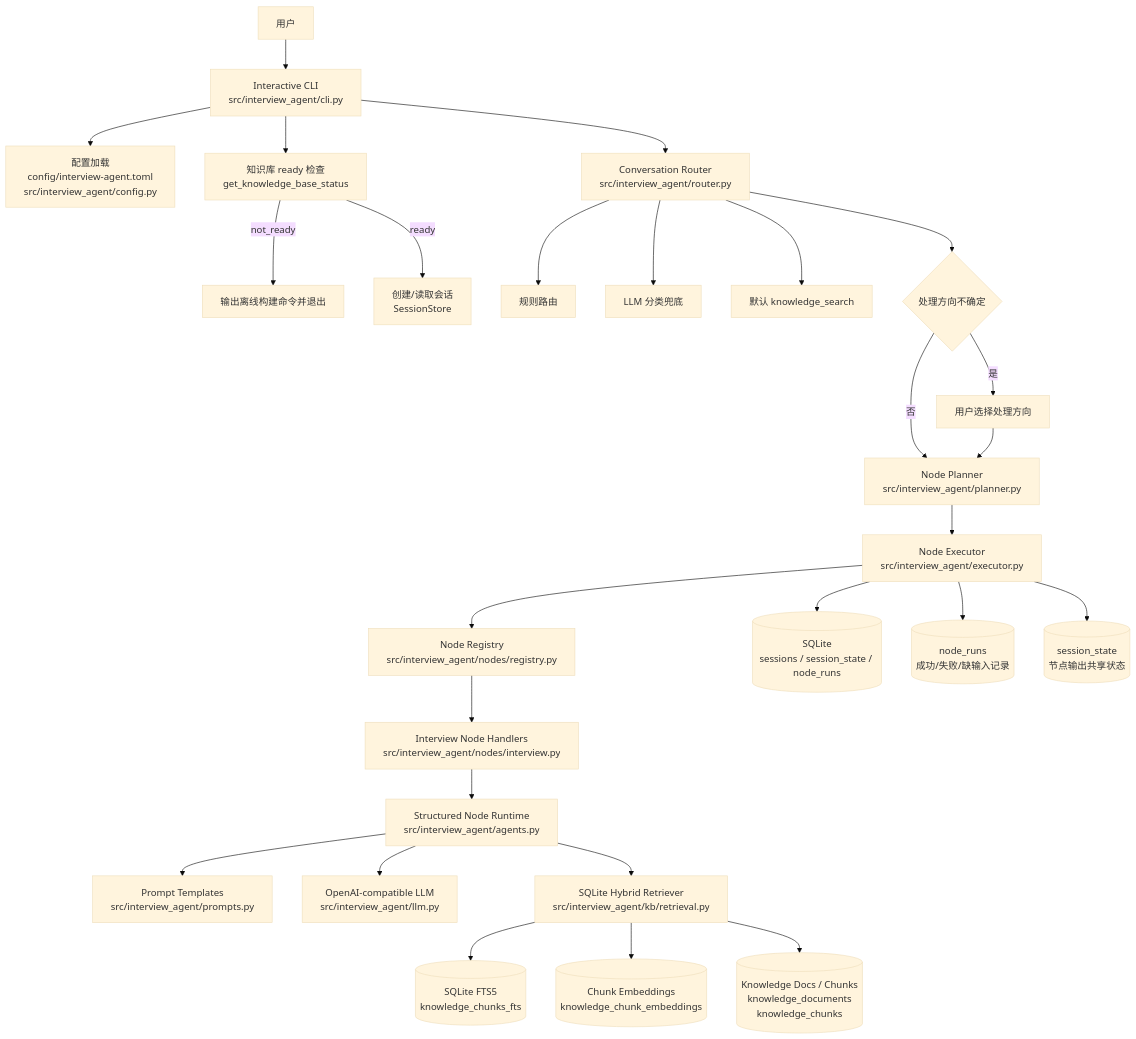
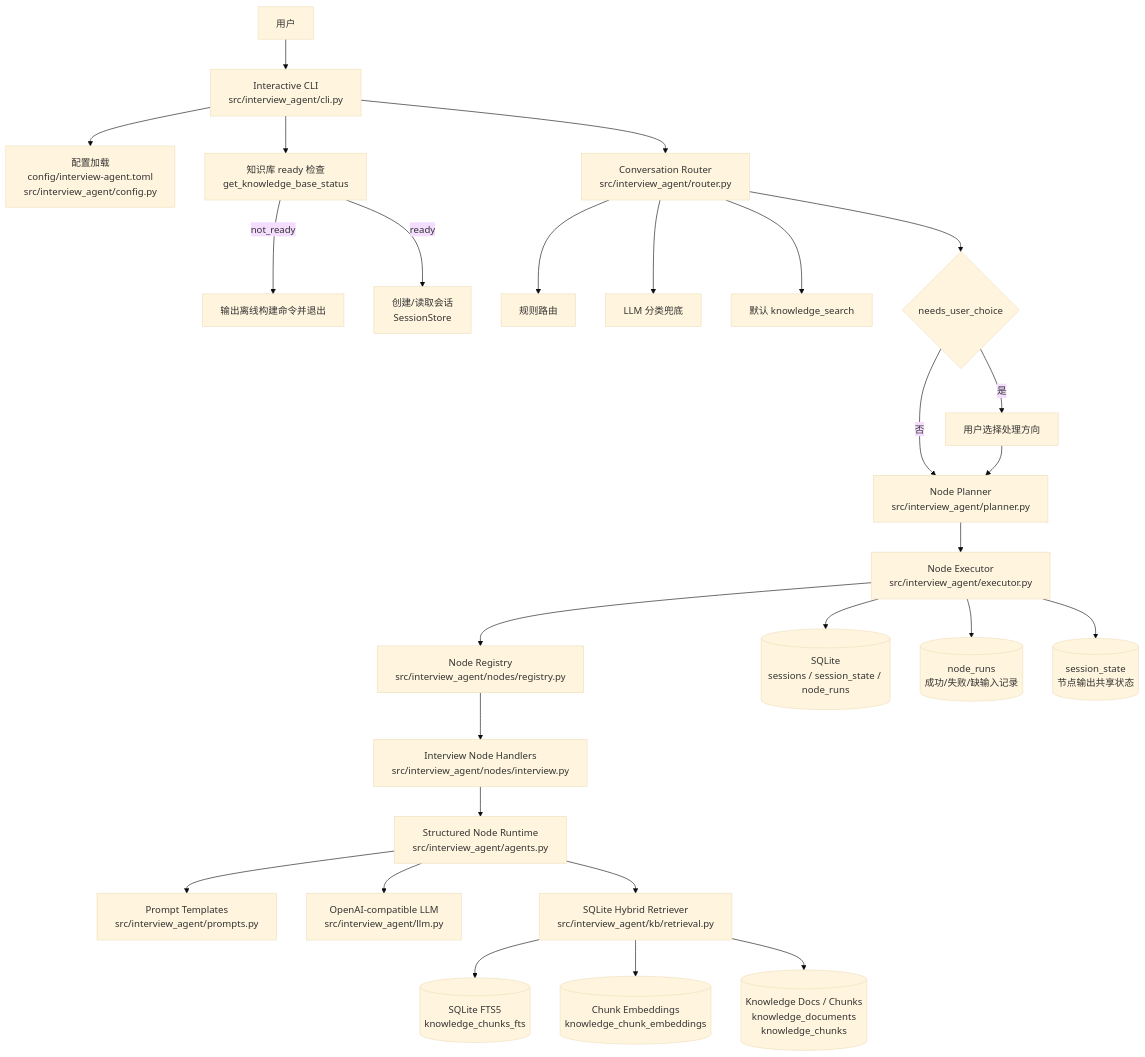
The first of 4 diagrams in docs/architecture.md (kaomianjin2/resume-agent), drawn with Mermaid (base theme) before and after one commit. The commit also changed other lines of this file and 3 other files, not shown here.

````diff
--- a/docs/architecture.md
+++ b/docs/architecture.md
@@ -15,37 +15,37 @@
 ```mermaid
 flowchart TD
     User[用户] --> CLI[Interactive CLI<br/>src/interview_agent/cli.py]
 
     CLI --> Config[配置加载<br/>config/interview-agent.toml<br/>src/interview_agent/config.py]
     CLI --> KBReady[知识库 ready 检查<br/>get_knowledge_base_status]
     KBReady -->|not_ready| OfflineHint[输出离线构建命令并退出]
     KBReady -->|ready| Session[创建/读取会话<br/>SessionStore]
 
     CLI --> Router[Conversation Router<br/>src/interview_agent/router.py]
     Router --> RuleRoute[规则路由]
     Router --> LLMRoute[LLM 分类兜底]
     Router --> DefaultRoute[默认 knowledge_search]
-    Router --> DirectionChoice{处理方向不确定}
+    Router --> DirectionChoice{needs_user_choice}
     DirectionChoice -->|是| UserChoice[用户选择处理方向]
     DirectionChoice -->|否| Planner
 
     UserChoice --> Planner
     Planner[Node Planner<br/>src/interview_agent/planner.py]
     Planner --> Executor[Node Executor<br/>src/interview_agent/executor.py]
 
     Executor --> Registry[Node Registry<br/>src/interview_agent/nodes/registry.py]
     Registry --> Handlers[Interview Node Handlers<br/>src/interview_agent/nodes/interview.py]
 
     Executor --> SQLite[(SQLite<br/>sessions / session_state / node_runs)]
     Handlers --> AgentRuntime[Structured Node Runtime<br/>src/interview_agent/agents.py]
     AgentRuntime --> Prompts[Prompt Templates<br/>src/interview_agent/prompts.py]
     AgentRuntime --> LLM[OpenAI-compatible LLM<br/>src/interview_agent/llm.py]
     AgentRuntime --> Retriever[SQLite Hybrid Retriever<br/>src/interview_agent/kb/retrieval.py]
 
     Retriever --> FTS[(SQLite FTS5<br/>knowledge_chunks_fts)]
     Retriever --> Embeddings[(Chunk Embeddings<br/>knowledge_chunk_embeddings)]
     Retriever --> KBChunks[(Knowledge Docs / Chunks<br/>knowledge_documents<br/>knowledge_chunks)]
 
     Executor --> Runs[(node_runs<br/>成功/失败/缺输入记录)]
     Executor --> State[(session_state<br/>节点输出共享状态)]
 ```
````
